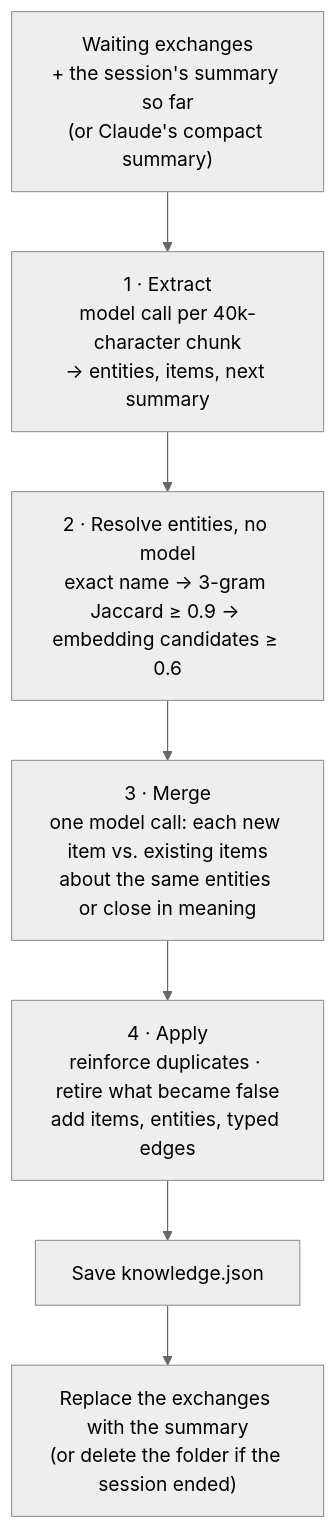
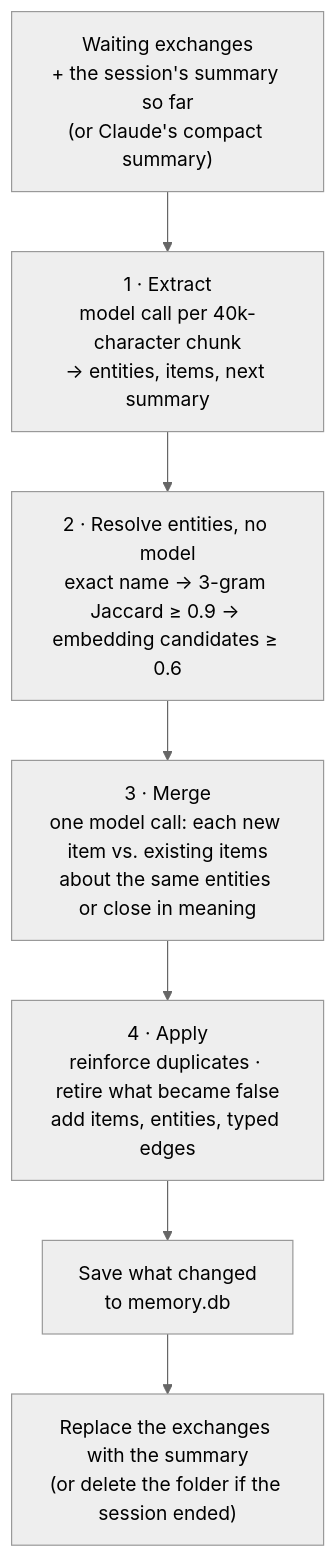
The fourth of 15 diagrams in docs/how-it-works.md (xihe92/graph-memory), drawn with Mermaid (neutral theme) before and after one commit. The commit also changed other lines of this file and 44 other files, not shown here.

````diff
--- a/docs/how-it-works.md
+++ b/docs/how-it-works.md
@@ -167,10 +167,10 @@
 ```mermaid
 flowchart TD
     A["Waiting exchanges<br/>+ the session's summary so far<br/>(or Claude's compact summary)"] --> E
     E["1 · Extract<br/>model call per 40k-character chunk<br/>→ entities, items, next summary"] --> RE
     RE["2 · Resolve entities, no model<br/>exact name → 3-gram Jaccard ≥ 0.9 → embedding candidates ≥ 0.6"] --> M
     M["3 · Merge<br/>one model call: each new item vs. existing items<br/>about the same entities or close in meaning"] --> AP
     AP["4 · Apply<br/>reinforce duplicates · retire what became false<br/>add items, entities, typed edges"] --> S
-    S["Save knowledge.json"] --> SUM
+    S["Save what changed<br/>to memory.db"] --> SUM
     SUM["Replace the exchanges with the summary<br/>(or delete the folder if the session ended)"]
 ```
````
